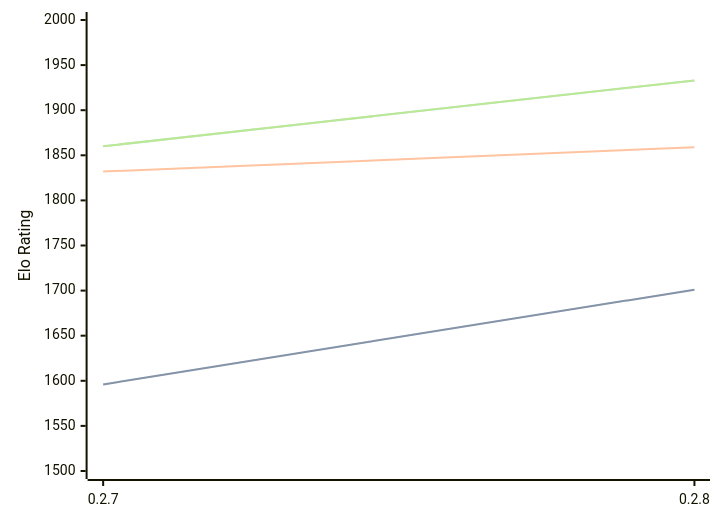
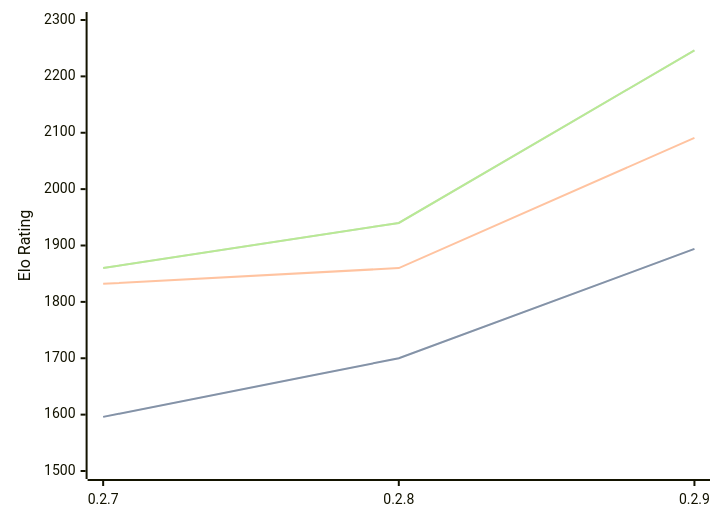
The diagram in engines/Dual.md (computer-chess-index/cci), drawn with Mermaid before and after one commit. The commit also changed other lines of this file, not shown here.

Commit message:
Update CCI Ratings (ELO VLTC) - 2026-05-21

````diff
--- a/engines/Dual.md
+++ b/engines/Dual.md
@@ -41,11 +41,11 @@
 ```mermaid
 %%{init: {"theme":"base","themeVariables":{"seriesColors:['#a3a3a3','#222221','#faa371']}}}%%
 xychart-beta
-  x-axis ["0.2.7", "0.2.8"]
-  y-axis "Elo Rating" 1500 --> 2000
-  line "STC (8.0+0.08s)" [1596, 1701]
-  line "STC (8.0+0.08s)" [1596, 1701]
-  line "LTC (60.0+0.60s)" [1832, 1859]
-  line "VLTC (2m24s+1.12s)" [1860, 1933]
-  line "VLTC (2m24s+1.12s)" [1860, 1933]
+  x-axis ["0.2.7", "0.2.8", "0.2.9"]
+  y-axis "Elo Rating" 1500 --> 2300
+  line "STC (8.0+0.08s)" [1596, 1700, 1894]
+  line "STC (8.0+0.08s)" [1596, 1700, 1894]
+  line "LTC (60.0+0.60s)" [1832, 1860, 2091]
+  line "VLTC (2m24s+1.12s)" [1860, 1940, 2246]
+  line "VLTC (2m24s+1.12s)" [1860, 1940, 2246]
 ```
````
